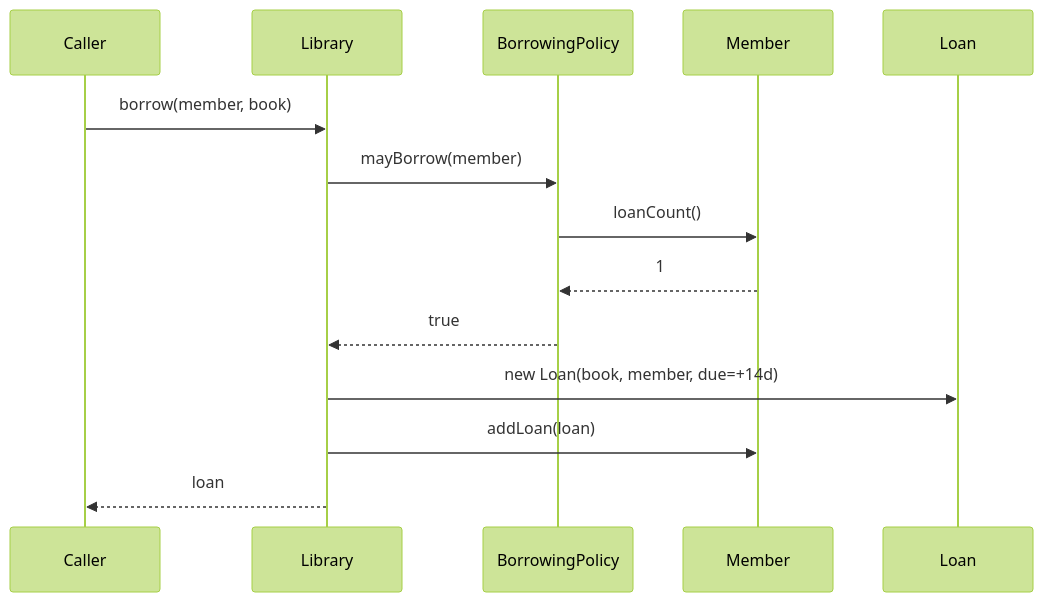
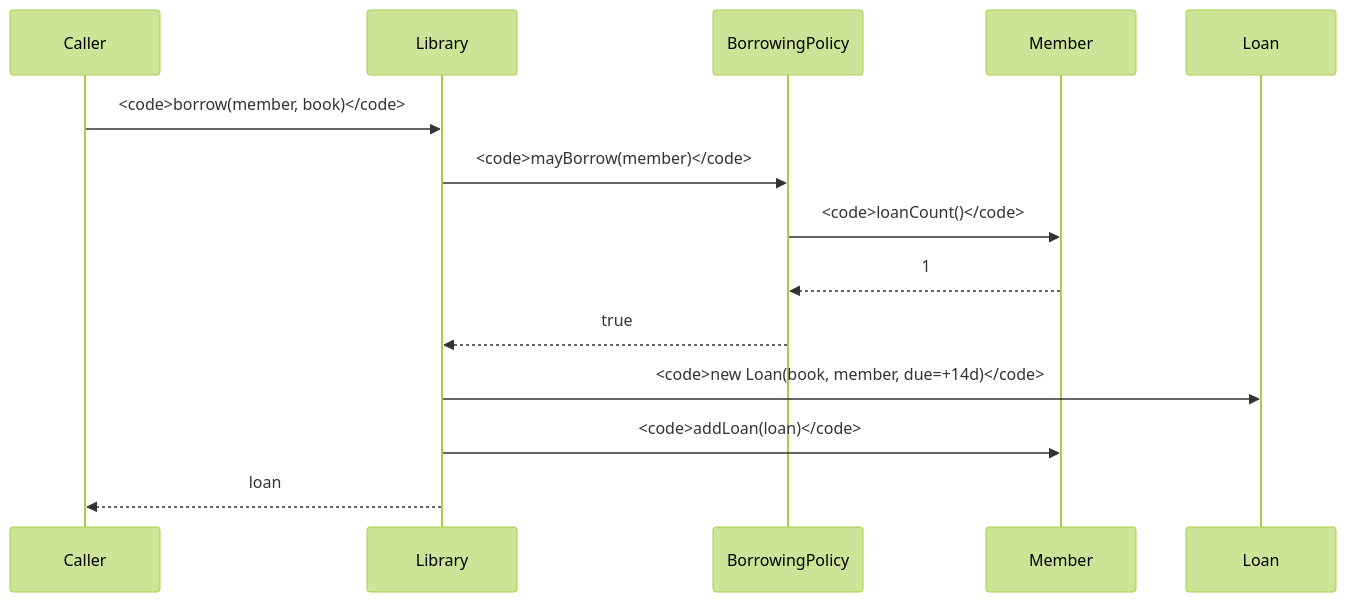
One commit to dataslope/dataslope changed the second of 2 diagrams in content/courses/oop-blueprint-java/capstone-library-system.mdx. Above: the diagram before and after it, drawn with Mermaid (forest theme). The commit also changed 65 other files, not shown here.

First line of the commit message:
Set code in every mermaid label in the mono face

````diff
--- a/content/courses/oop-blueprint-java/capstone-library-system.mdx
+++ b/content/courses/oop-blueprint-java/capstone-library-system.mdx
@@ -125,17 +125,17 @@
 ```mermaid
 sequenceDiagram
     participant Caller
     participant L as Library
     participant P as BorrowingPolicy
     participant M as Member
     participant Loan
 
-    Caller->>L: borrow(member, book)
-    L->>P: mayBorrow(member)
-    P->>M: loanCount()
+    Caller->>L: <code>borrow(member, book)</code>
+    L->>P: <code>mayBorrow(member)</code>
+    P->>M: <code>loanCount()</code>
     M-->>P: 1
     P-->>L: true
-    L->>Loan: new Loan(book, member, due=+14d)
-    L->>M: addLoan(loan)
+    L->>Loan: <code>new Loan(book, member, due=+14d)</code>
+    L->>M: <code>addLoan(loan)</code>
     L-->>Caller: loan
 ```
````
